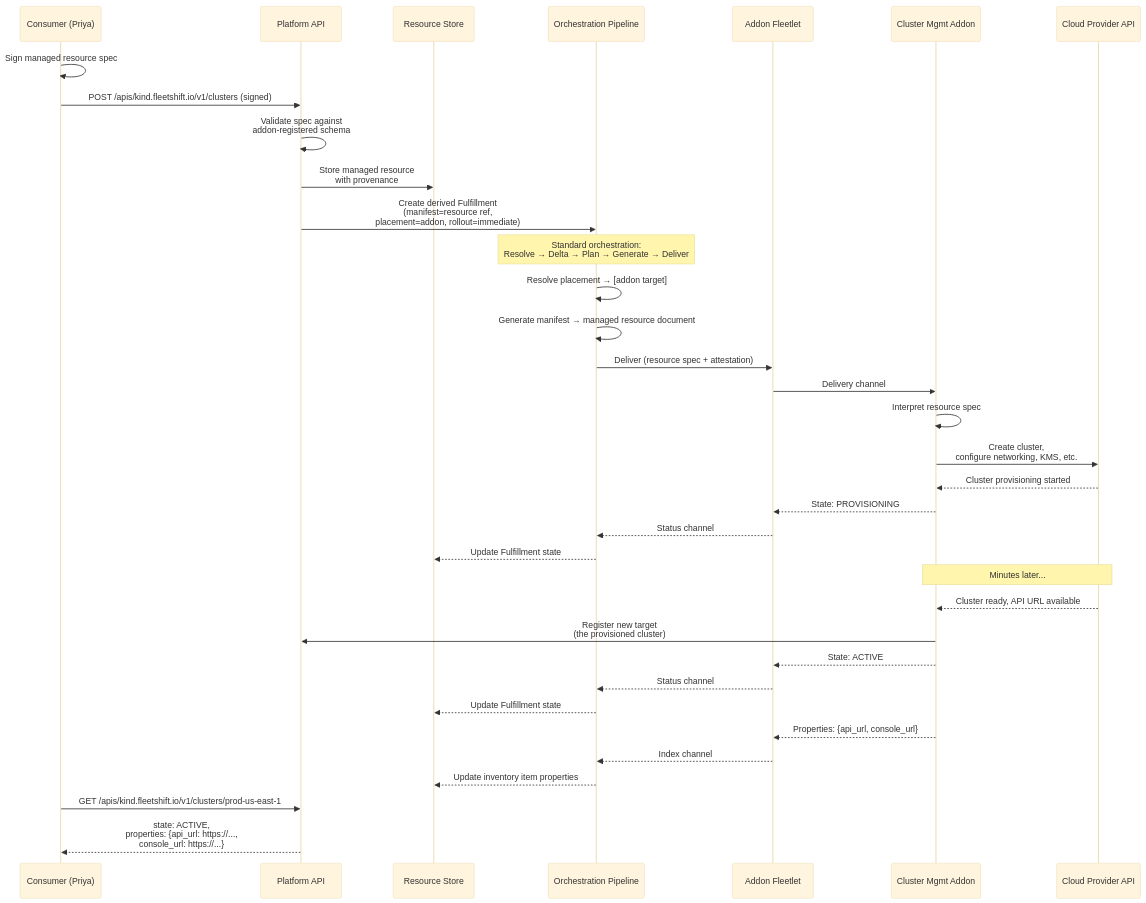
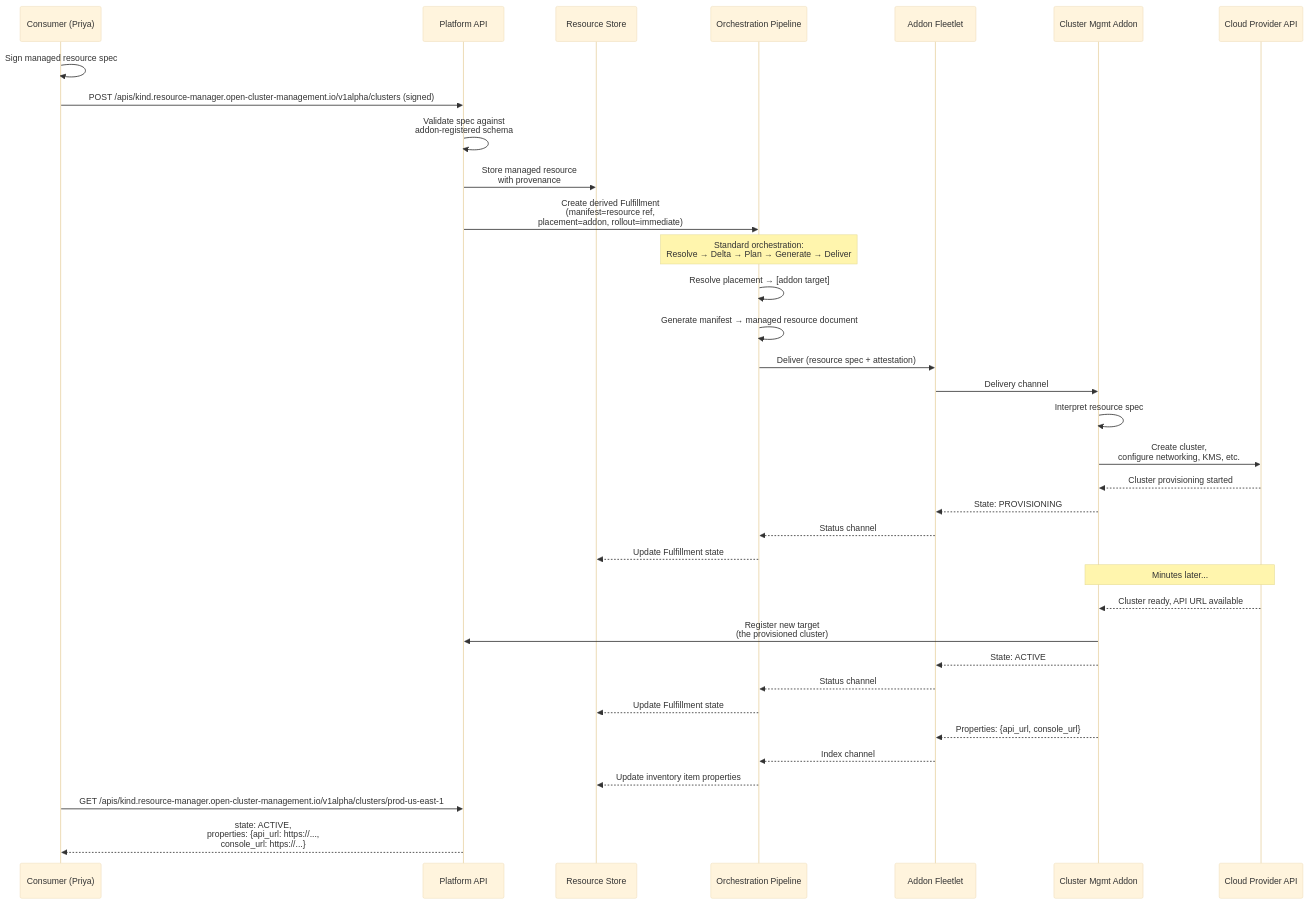
The diagram in docs/design/managed_resources.md (fleetshift/fleetshift-poc), drawn with Mermaid (base theme) before and after one commit. The commit also changed other lines of this file and 1079 other files, not shown here.

Commit message:
Rename experimental OCM resource manager source and runtime identities

````diff
--- a/docs/design/managed_resources.md
+++ b/docs/design/managed_resources.md
@@ -202,46 +202,46 @@
 ```mermaid
 sequenceDiagram
     participant User as Consumer (Priya)
     participant Platform as Platform API
     participant Store as Resource Store
     participant Pipeline as Orchestration Pipeline
     participant Fleetlet as Addon Fleetlet
     participant Addon as Cluster Mgmt Addon
     participant Cloud as Cloud Provider API
 
     User->>User: Sign managed resource spec
-    User->>Platform: POST /apis/kind.fleetshift.io/v1/clusters (signed)
+    User->>Platform: POST /apis/kind.resource-manager.open-cluster-management.io/v1alpha/clusters (signed)
     Platform->>Platform: Validate spec against<br/>addon-registered schema
     Platform->>Store: Store managed resource<br/>with provenance
 
     Platform->>Pipeline: Create derived Fulfillment<br/>(manifest=resource ref,<br/>placement=addon, rollout=immediate)
 
     Note over Pipeline: Standard orchestration:<br/>Resolve → Delta → Plan → Generate → Deliver
 
     Pipeline->>Pipeline: Resolve placement → [addon target]
     Pipeline->>Pipeline: Generate manifest → managed resource document
     Pipeline->>Fleetlet: Deliver (resource spec + attestation)
     Fleetlet->>Addon: Delivery channel
 
     Addon->>Addon: Interpret resource spec
     Addon->>Cloud: Create cluster,<br/>configure networking, KMS, etc.
     Cloud-->>Addon: Cluster provisioning started
 
     Addon-->>Fleetlet: State: PROVISIONING
     Fleetlet-->>Pipeline: Status channel
     Pipeline-->>Store: Update Fulfillment state
 
     Note over Addon, Cloud: Minutes later...
 
     Cloud-->>Addon: Cluster ready, API URL available
     Addon->>Platform: Register new target<br/>(the provisioned cluster)
     Addon-->>Fleetlet: State: ACTIVE
     Fleetlet-->>Pipeline: Status channel
     Pipeline-->>Store: Update Fulfillment state
     Addon-->>Fleetlet: Properties: {api_url, console_url}
     Fleetlet-->>Pipeline: Index channel
     Pipeline-->>Store: Update inventory item properties
 
-    User->>Platform: GET /apis/kind.fleetshift.io/v1/clusters/prod-us-east-1
+    User->>Platform: GET /apis/kind.resource-manager.open-cluster-management.io/v1alpha/clusters/prod-us-east-1
     Platform-->>User: state: ACTIVE,<br/>properties: {api_url: https://...,<br/>console_url: https://...}
 ```
````
